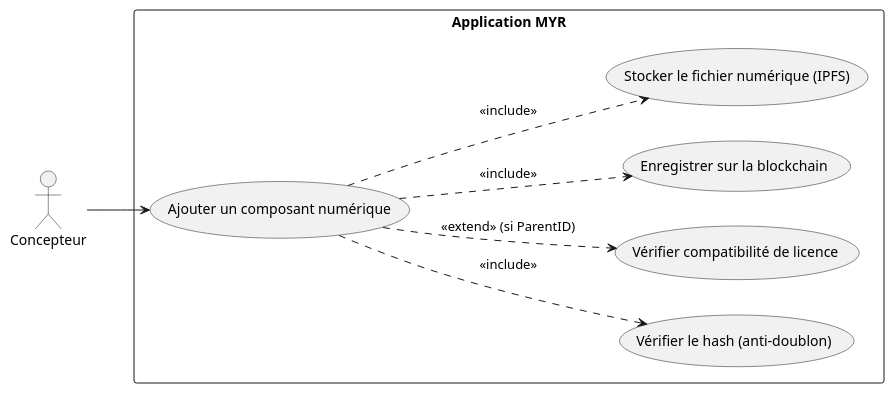
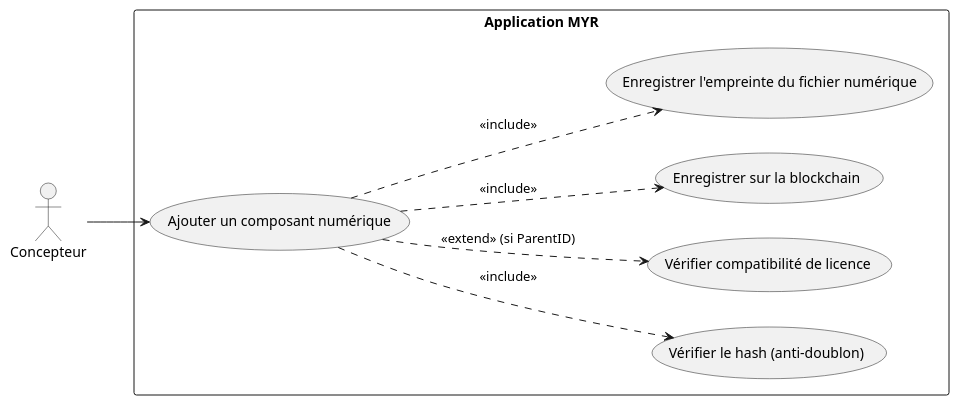
The first of 2 diagrams in specs/2-Analyse/UCCE-Composant_Ecriture/UCCE03.md (myr-forge/myr-core), drawn with PlantUML before and after one commit. The commit also changed other lines of this file and 23 other files, not shown here.

````diff
--- a/specs/2-Analyse/UCCE-Composant_Ecriture/UCCE03.md
+++ b/specs/2-Analyse/UCCE-Composant_Ecriture/UCCE03.md
@@ -28,22 +28,22 @@
 ```plantuml
 @startuml
 left to right direction
 
 actor "Concepteur" as C
 
 rectangle "Application MYR" {
     usecase "Ajouter un composant numérique" as UC1
     usecase "Vérifier le hash (anti-doublon)" as UC2
     usecase "Vérifier compatibilité de licence" as UC3
     usecase "Enregistrer sur la blockchain" as UC4
-    usecase "Stocker le fichier numérique (IPFS)" as UC5
+    usecase "Enregistrer l'empreinte du fichier numérique" as UC5
 }
 
 C --> UC1
 UC1 ..> UC2 : <<include>>
 UC1 ..> UC3 : <<extend>> (si ParentID)
 UC1 ..> UC4 : <<include>>
 UC1 ..> UC5 : <<include>>
 
 @enduml
 ```
````
